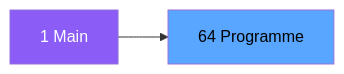
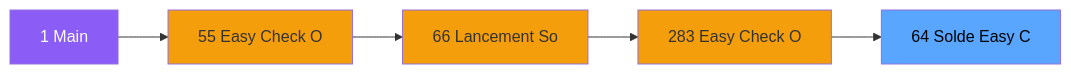
Before and after one commit to thonyAGP/magic-migration: the second of 3 diagrams in .openspec/specs/ADH-IDE-64.md, drawn with Mermaid. The commit also changed other lines of this file and 323 other files, not shown here.

````diff
--- a/.openspec/specs/ADH-IDE-64.md
+++ b/.openspec/specs/ADH-IDE-64.md
@@ -124,8 +150,17 @@
 ```mermaid
 graph LR
     M[1 Main]
-    T[64 Programme]
-    M --> T
+    N55[55 Easy Check O]
+    N66[66 Lancement So]
+    N283[283 Easy Check O]
+    T[64 Solde Easy C]
+    M --> N55
+    N55 --> N66
+    N66 --> N283
+    N283 --> T
     style M fill:#8b5cf6,color:#fff
+    style N55 fill:#f59e0b
+    style N66 fill:#f59e0b
+    style N283 fill:#f59e0b
     style T fill:#58a6ff,color:#000
 ```
````
